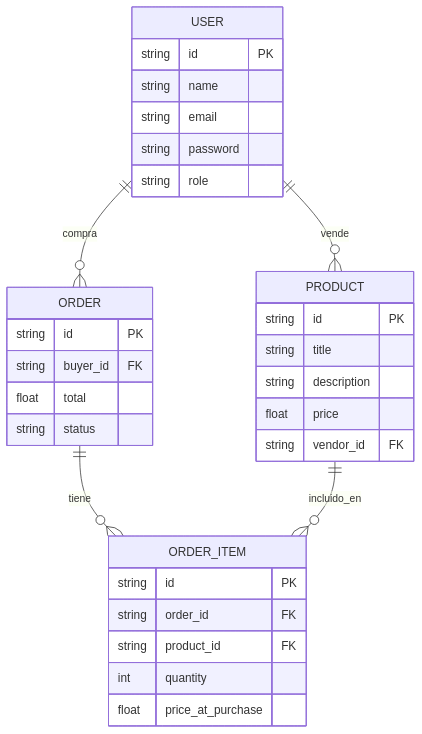
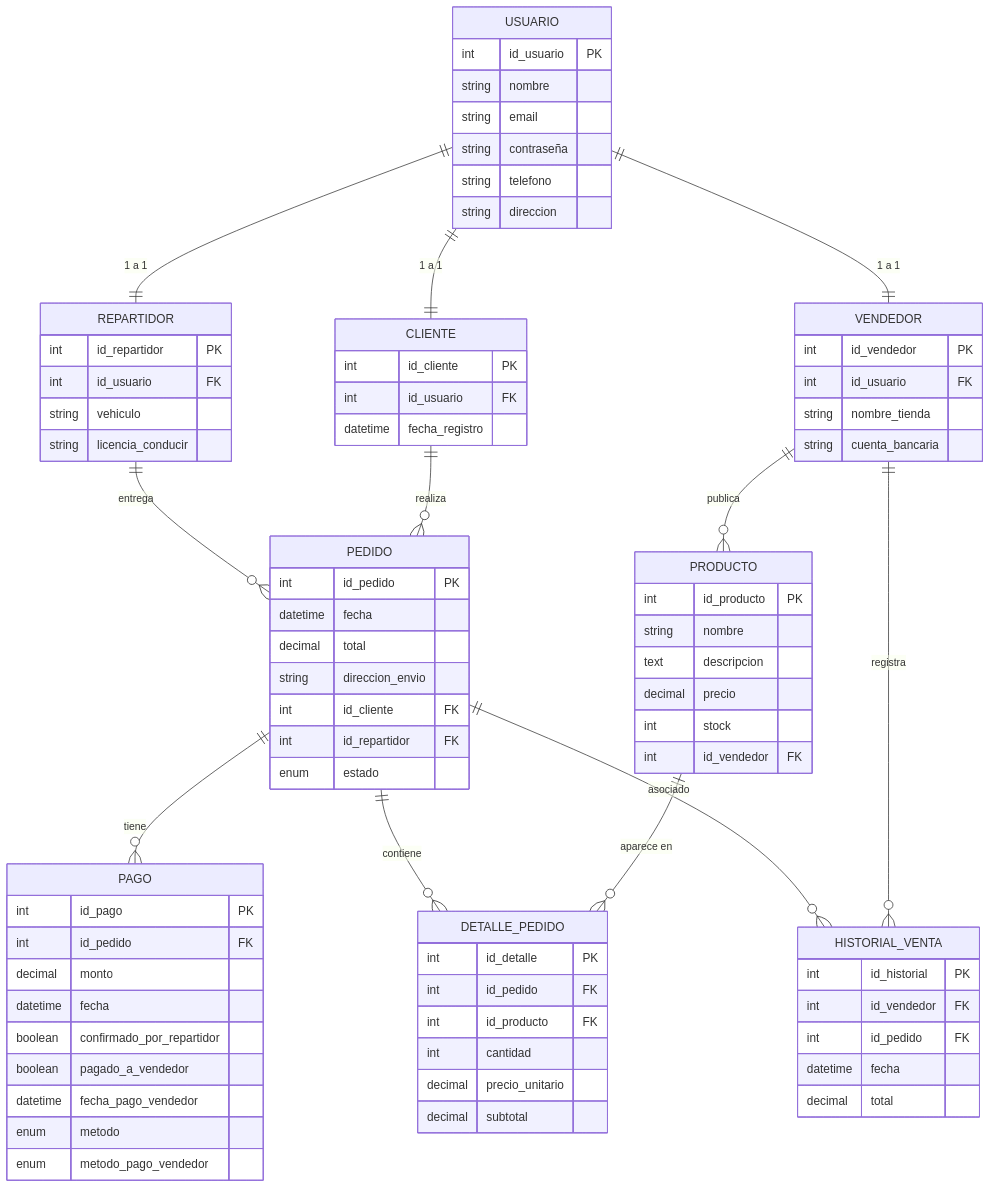
The diagram in README.md (vivileef/Plataforma-de-ferias-y-emprendimientos-estudiantiles--IHC), drawn with Mermaid before and after one commit.

Commit message:
Update ER diagram in README.md with new entities

````diff
--- a/README.md
+++ b/README.md
@@ -227,35 +227,94 @@
 ```mermaid
 erDiagram
-		USER {
-				string id PK
-				string name
-				string email
-				string password
-				string role
-		}
-		PRODUCT {
-				string id PK
-				string title
-				string description
-				float price
-				string vendor_id FK
-		}
-		ORDER {
-				string id PK
-				string buyer_id FK
-				float total
-				string status
-		}
-		ORDER_ITEM {
-				string id PK
-				string order_id FK
-				string product_id FK
-				int quantity
-				float price_at_purchase
-		}
+    USUARIO {
+        int id_usuario PK
+        string nombre
+        string email
+        string contraseña
+        string telefono
+        string direccion
+    }
 
-		USER ||--o{ PRODUCT : "vende"
-		USER ||--o{ ORDER : "compra"
-		ORDER ||--o{ ORDER_ITEM : "tiene"
-		PRODUCT ||--o{ ORDER_ITEM : "incluido_en"
+    CLIENTE {
+        int id_cliente PK
+        int id_usuario FK
+        datetime fecha_registro
+    }
+
+    REPARTIDOR {
+        int id_repartidor PK
+        int id_usuario FK
+        string vehiculo
+        string licencia_conducir
+    }
+
+    VENDEDOR {
+        int id_vendedor PK
+        int id_usuario FK
+        string nombre_tienda
+        string cuenta_bancaria
+    }
+
+    PRODUCTO {
+        int id_producto PK
+        string nombre
+        text descripcion
+        decimal precio
+        int stock
+        int id_vendedor FK
+    }
+
+    PEDIDO {
+        int id_pedido PK
+        datetime fecha
+        decimal total
+        string direccion_envio
+        int id_cliente FK
+        int id_repartidor FK
+        enum estado
+    }
+
+    DETALLE_PEDIDO {
+        int id_detalle PK
+        int id_pedido FK
+        int id_producto FK
+        int cantidad
+        decimal precio_unitario
+        decimal subtotal
+    }
+
+    PAGO {
+        int id_pago PK
+        int id_pedido FK
+        decimal monto
+        datetime fecha
+        boolean confirmado_por_repartidor
+        boolean pagado_a_vendedor
+        datetime fecha_pago_vendedor
+        enum metodo
+        enum metodo_pago_vendedor
+    }
+
+    HISTORIAL_VENTA {
+        int id_historial PK
+        int id_vendedor FK
+        int id_pedido FK
+        datetime fecha
+        decimal total
+    }
+
+    %% Relaciones
+    USUARIO ||--|| CLIENTE : "1 a 1"
+    USUARIO ||--|| REPARTIDOR : "1 a 1"
+    USUARIO ||--|| VENDEDOR : "1 a 1"
+
+    CLIENTE ||--o{ PEDIDO : "realiza"
+    REPARTIDOR ||--o{ PEDIDO : "entrega"
+    VENDEDOR ||--o{ PRODUCTO : "publica"
+    PRODUCTO ||--o{ DETALLE_PEDIDO : "aparece en"
+    PEDIDO ||--o{ DETALLE_PEDIDO : "contiene"
+    PEDIDO ||--o{ PAGO : "tiene"
+    VENDEDOR ||--o{ HISTORIAL_VENTA : "registra"
+    PEDIDO ||--o{ HISTORIAL_VENTA : "asociado"
+
 ```
````
